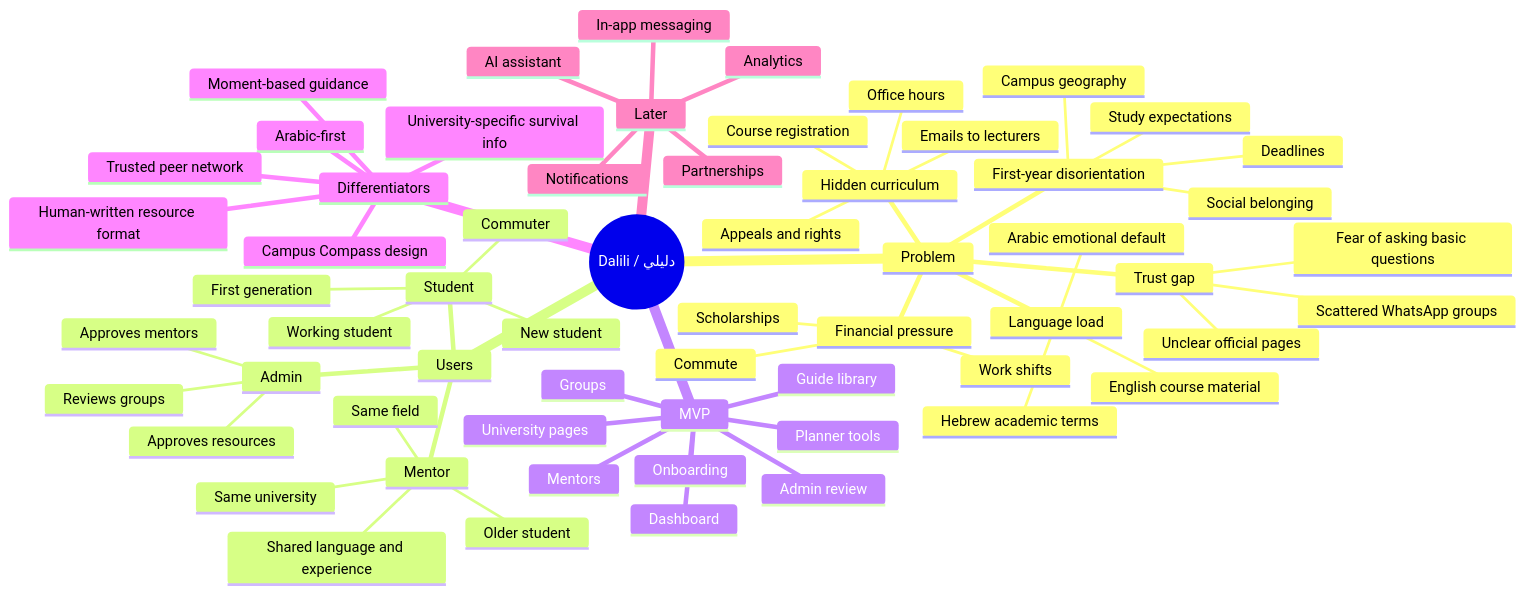
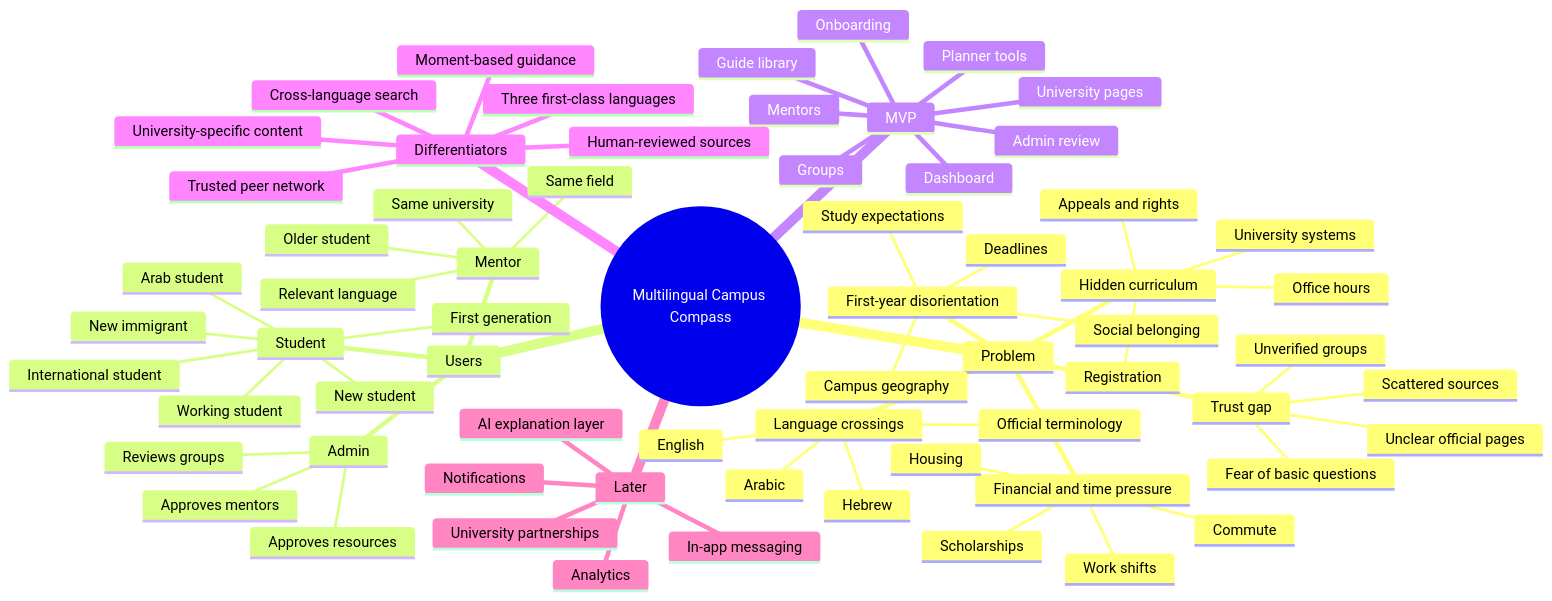
One commit to ammar31mawassi/Elysium changed the diagram in docs/02-product/dalili-idea.md. Above: the diagram before and after it, drawn with Mermaid. The commit also changed other lines of this file and 10 other files, not shown here.

Commit message:
Reposition product for multilingual student support

````diff
--- a/docs/02-product/dalili-idea.md
+++ b/docs/02-product/dalili-idea.md
@@ -42,64 +50,69 @@
 ```mermaid
 mindmap
-  root((Dalili / دليلي))
+  root((Multilingual Campus Compass))
     Problem
-      Language load
-        Hebrew academic terms
-        English course material
-        Arabic emotional default
       Hidden curriculum
-        Course registration
+        Registration
         Office hours
-        Emails to lecturers
         Appeals and rights
+        University systems
+      Language crossings
+        Arabic
+        Hebrew
+        English
+        Official terminology
       First-year disorientation
         Campus geography
         Deadlines
         Social belonging
         Study expectations
-      Financial pressure
+      Financial and time pressure
         Scholarships
         Work shifts
         Commute
+        Housing
       Trust gap
-        Scattered WhatsApp groups
+        Scattered sources
         Unclear official pages
-        Fear of asking basic questions
+        Unverified groups
+        Fear of basic questions
     Users
       Student
         New student
+        Arab student
+        New immigrant
+        International student
         First generation
-        Commuter
         Working student
       Mentor
         Older student
         Same field
         Same university
-        Shared language and experience
+        Relevant language
       Admin
         Approves resources
         Approves mentors
         Reviews groups
     MVP
       Onboarding
       Dashboard
       Guide library
       University pages
       Mentors
       Groups
       Planner tools
       Admin review
     Differentiators
-      Arabic-first
+      Three first-class languages
+      Cross-language search
       Moment-based guidance
-      Human-written resource format
-      University-specific survival info
+      University-specific content
       Trusted peer network
-      Campus Compass design
+      Human-reviewed sources
     Later
-      AI assistant
+      AI explanation layer
       In-app messaging
       Notifications
       Analytics
-      Partnerships
+      University partnerships
 ```
````
